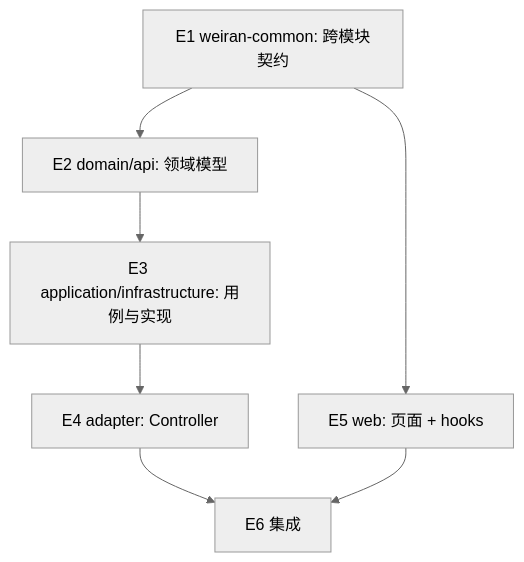
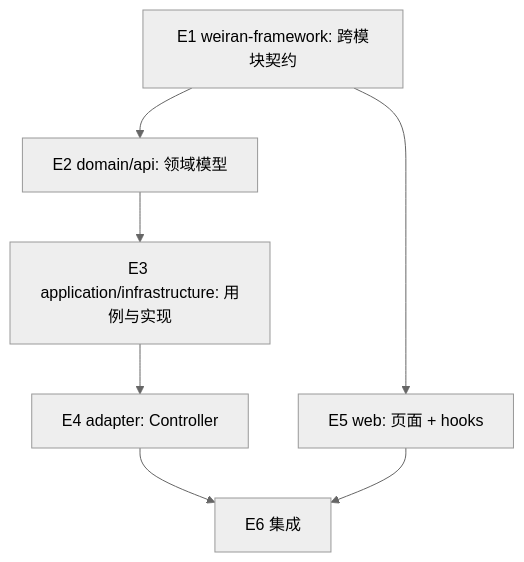
One commit to weiran-tech/weiran4j changed the diagram in openspec/schemas/devops-workflow/templates/exec-plan.md. Above: the diagram before and after it, drawn with Mermaid (neutral theme). The commit also changed other lines of this file and 454 other files, not shown here.

First line of the commit message:
refactor: common 并入 framework、weiran-base 改名 weiran-system（D-016）

````diff
--- a/openspec/schemas/devops-workflow/templates/exec-plan.md
+++ b/openspec/schemas/devops-workflow/templates/exec-plan.md
@@ -51,9 +51,9 @@
 ```mermaid
 flowchart TD
-  E1["E1 weiran-common: 跨模块契约"] --> E2["E2 domain/api: 领域模型"]
+  E1["E1 weiran-framework: 跨模块契约"] --> E2["E2 domain/api: 领域模型"]
   E2 --> E3["E3 application/infrastructure: 用例与实现"]
   E3 --> E4["E4 adapter: Controller"]
   E1 --> E5["E5 web: 页面 + hooks"]
   E4 --> E6["E6 集成"]
   E5 --> E6
 ```
````
